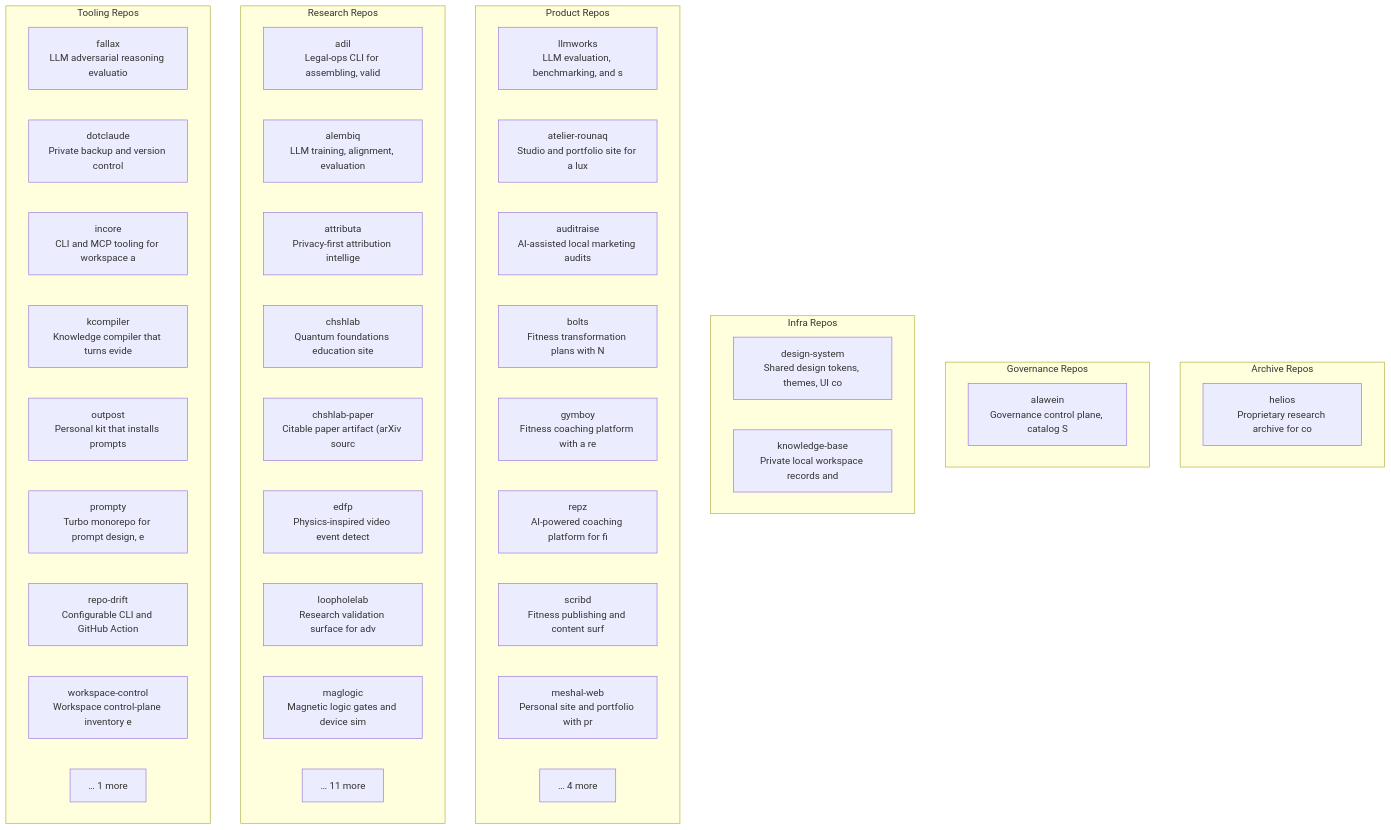
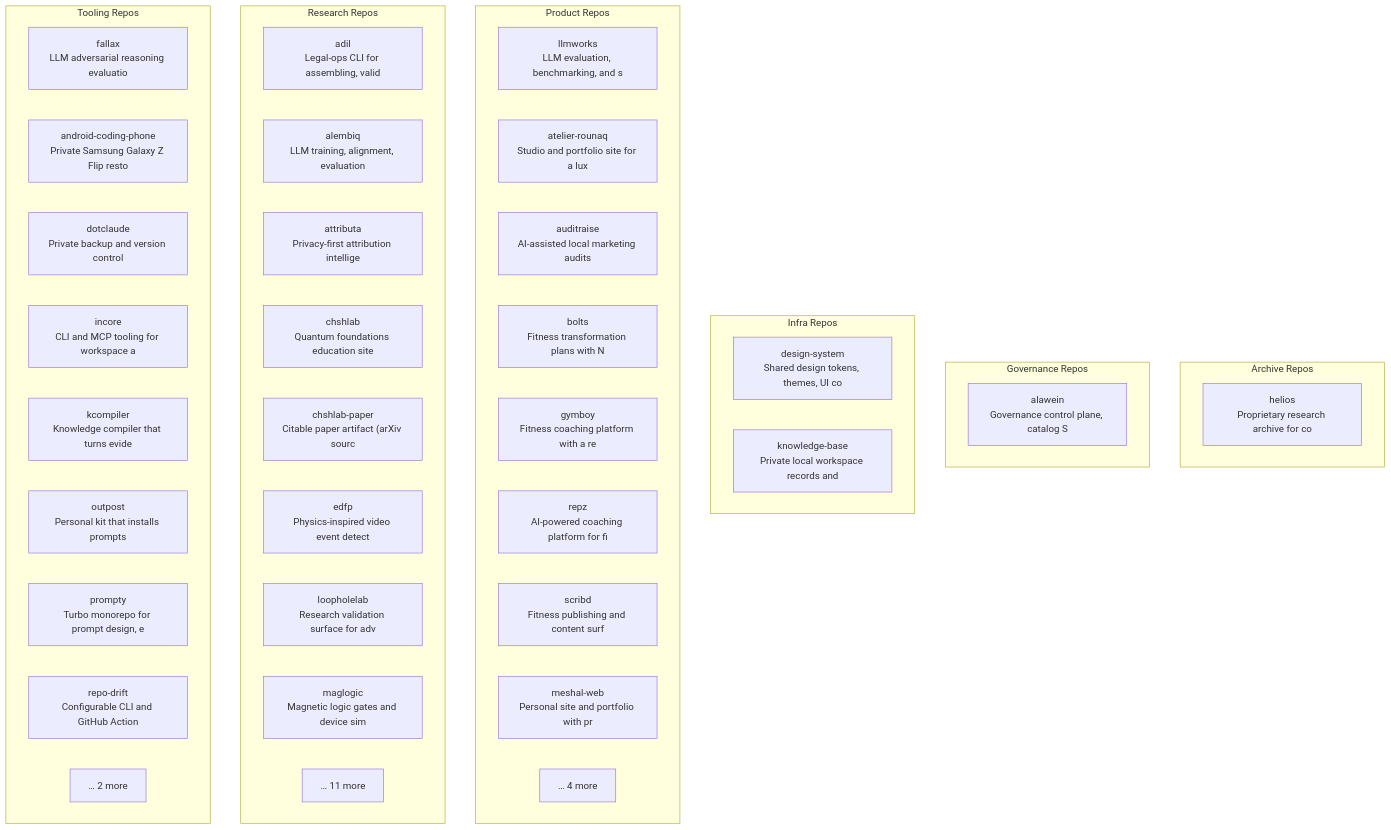
One commit to alawein/alawein changed the second of 6 diagrams in docs/architecture.md. Above: the diagram before and after it, drawn with Mermaid.

Commit message:
docs(arch): auto-update repo topology from catalog/repos.json (#229)

````diff
--- a/docs/architecture.md
+++ b/docs/architecture.md
@@ -64,46 +64,46 @@
 ```mermaid
 graph TB
   subgraph archive["Archive Repos"]
     helios["helios\nProprietary research archive for co"]
   end
   subgraph governance["Governance Repos"]
     alawein["alawein\nGovernance control plane, catalog S"]
   end
   subgraph infra["Infra Repos"]
     design_system["design-system\nShared design tokens, themes, UI co"]
     knowledge_base["knowledge-base\nPrivate local workspace records and"]
   end
   subgraph product["Product Repos"]
     llmworks["llmworks\nLLM evaluation, benchmarking, and s"]
     atelier_rounaq["atelier-rounaq\nStudio and portfolio site for a lux"]
     auditraise["auditraise\nAI-assisted local marketing audits "]
     bolts["bolts\nFitness transformation plans with N"]
     gymboy["gymboy\nFitness coaching platform with a re"]
     repz["repz\nAI-powered coaching platform for fi"]
     scribd["scribd\nFitness publishing and content surf"]
     meshal_web["meshal-web\nPersonal site and portfolio with pr"]
     more_product["… 4 more"]
   end
   subgraph research["Research Repos"]
     adil["adil\nLegal-ops CLI for assembling, valid"]
     alembiq["alembiq\nLLM training, alignment, evaluation"]
     attributa["attributa\nPrivacy-first attribution intellige"]
     chshlab["chshlab\nQuantum foundations education site "]
     chshlab_paper["chshlab-paper\nCitable paper artifact (arXiv sourc"]
     edfp["edfp\nPhysics-inspired video event detect"]
     loopholelab["loopholelab\nResearch validation surface for adv"]
     maglogic["maglogic\nMagnetic logic gates and device sim"]
     more_research["… 11 more"]
   end
   subgraph tooling["Tooling Repos"]
     fallax["fallax\nLLM adversarial reasoning evaluatio"]
+    android_coding_phone["android-coding-phone\nPrivate Samsung Galaxy Z Flip resto"]
     dotclaude["dotclaude\nPrivate backup and version control "]
     incore["incore\nCLI and MCP tooling for workspace a"]
     kcompiler["kcompiler\nKnowledge compiler that turns evide"]
     outpost["outpost\nPersonal kit that installs prompts "]
     prompty["prompty\nTurbo monorepo for prompt design, e"]
     repo_drift["repo-drift\nConfigurable CLI and GitHub Action "]
-    workspace_control["workspace-control\nWorkspace control-plane inventory e"]
-    more_tooling["… 1 more"]
+    more_tooling["… 2 more"]
   end
 ```
````
